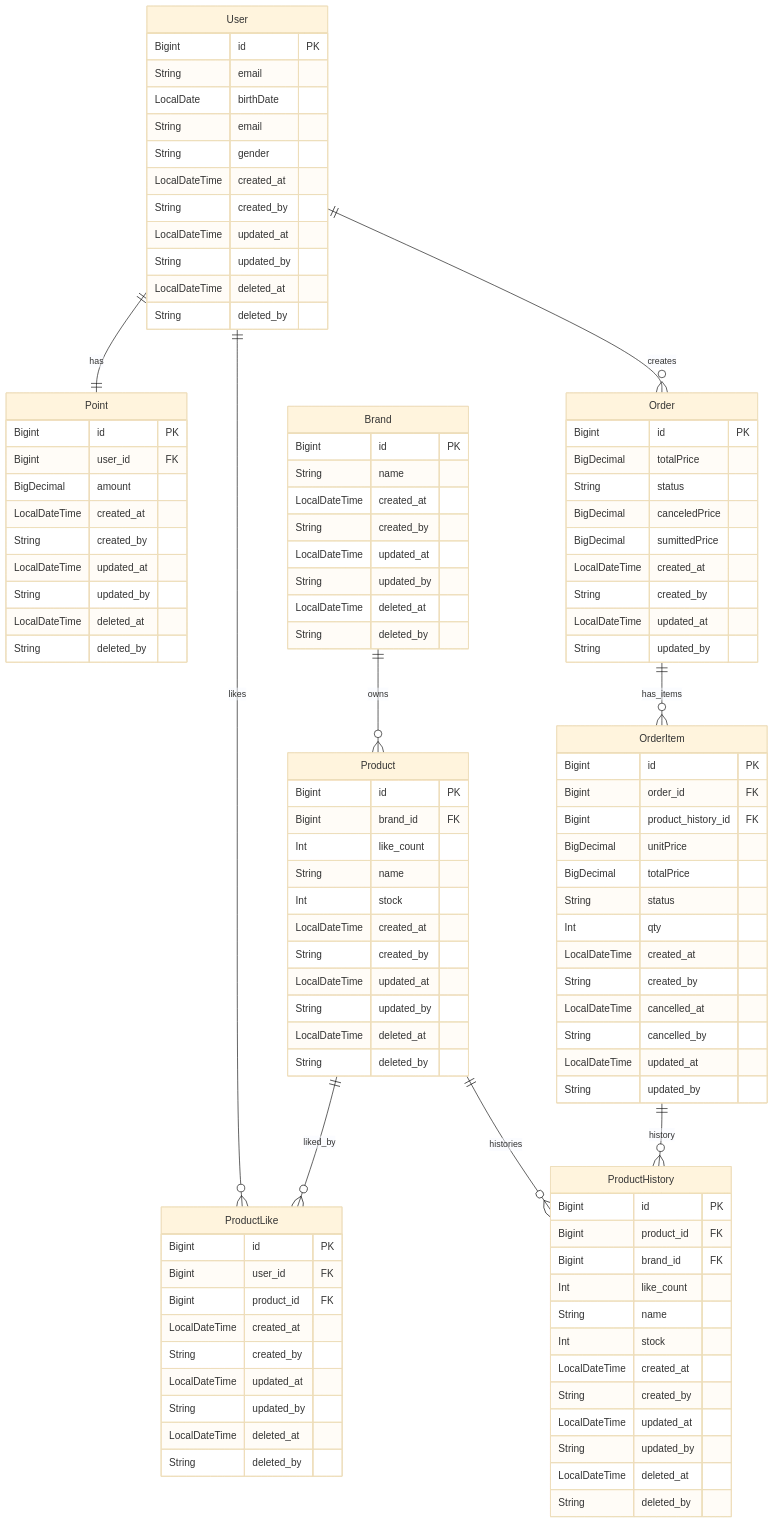
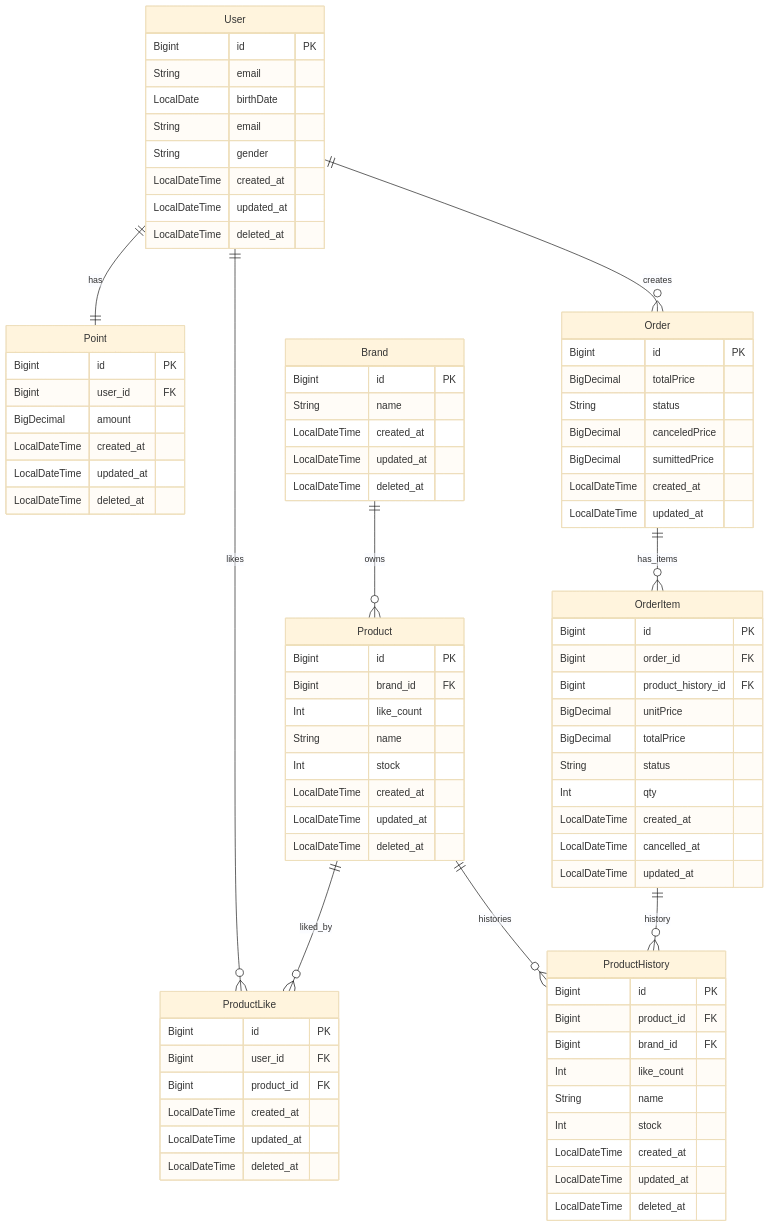
One commit to sue4869/e-commerce changed the diagram in docs/design/04-erd.md. Above: the diagram before and after it, drawn with Mermaid (base theme).

Commit message:
fix erd 수정

```diff
--- a/docs/design/04-erd.md
+++ b/docs/design/04-erd.md
@@ -10,11 +10,8 @@
         String gender
         
         LocalDateTime created_at 
-        String created_by
         LocalDateTime updated_at 
-        String updated_by
-        LocalDateTime deleted_at 
-        String deleted_by
+        LocalDateTime deleted_at
     }
     
     Point {
@@ -23,11 +20,8 @@
         BigDecimal amount
         
         LocalDateTime created_at 
-        String created_by
         LocalDateTime updated_at 
-        String updated_by
         LocalDateTime deleted_at 
-        String deleted_by
     }
     
     Product {
@@ -38,11 +32,8 @@
         Int stock
         
         LocalDateTime created_at 
-        String created_by
         LocalDateTime updated_at 
-        String updated_by
         LocalDateTime deleted_at 
-        String deleted_by
     }
     
     ProductHistory {
@@ -54,11 +45,8 @@
         Int stock
         
         LocalDateTime created_at 
-        String created_by
         LocalDateTime updated_at 
-        String updated_by
         LocalDateTime deleted_at 
-        String deleted_by   
     }
     
     ProductLike {
@@ -67,11 +55,8 @@
         Bigint product_id FK 
         
         LocalDateTime created_at 
-        String created_by
         LocalDateTime updated_at 
-        String updated_by
         LocalDateTime deleted_at 
-        String deleted_by
     }
     
     Brand {
@@ -79,11 +64,8 @@
         String name
         
         LocalDateTime created_at 
-        String created_by
         LocalDateTime updated_at 
-        String updated_by
         LocalDateTime deleted_at 
-        String deleted_by 
     }
     
     Order {
@@ -94,9 +76,7 @@
         BigDecimal sumittedPrice
         
         LocalDateTime created_at 
-        String created_by
         LocalDateTime updated_at 
-        String updated_by
     }
     
     OrderItem {
@@ -109,11 +89,8 @@
         Int qty
         
         LocalDateTime created_at 
-        String created_by 
         LocalDateTime cancelled_at 
-        String cancelled_by
         LocalDateTime updated_at 
-        String updated_by 
     }
     
     %% 유저 관련
```
